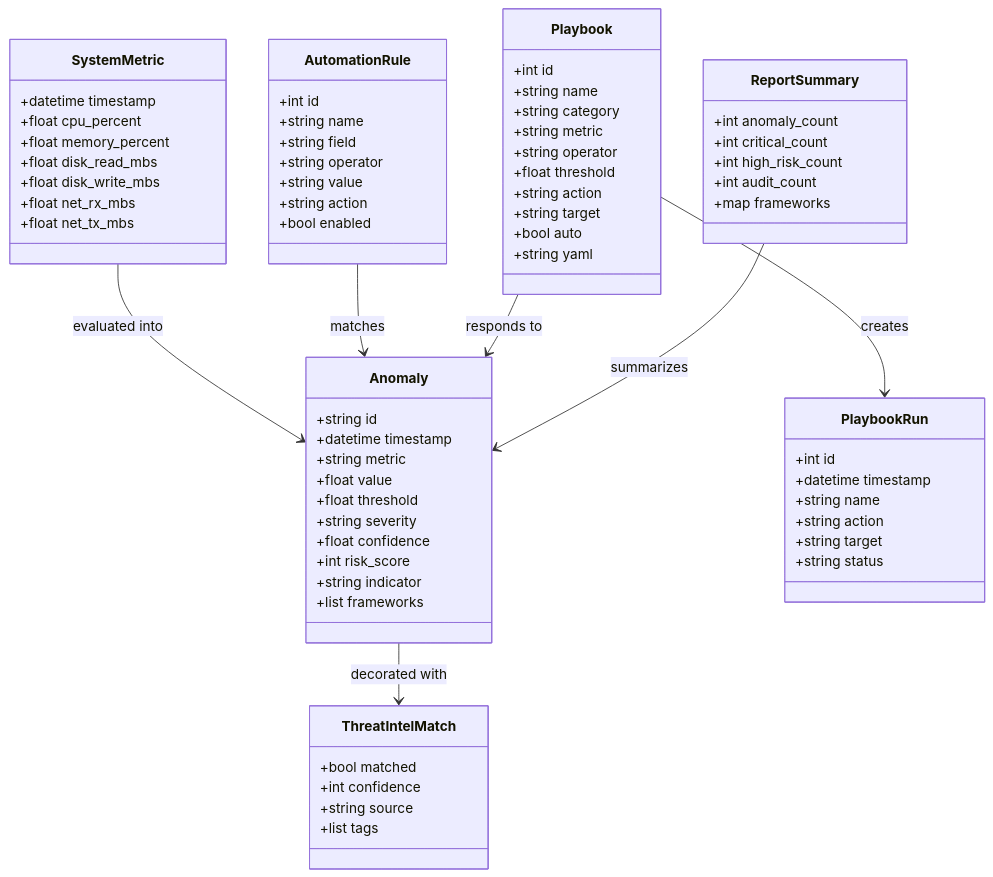
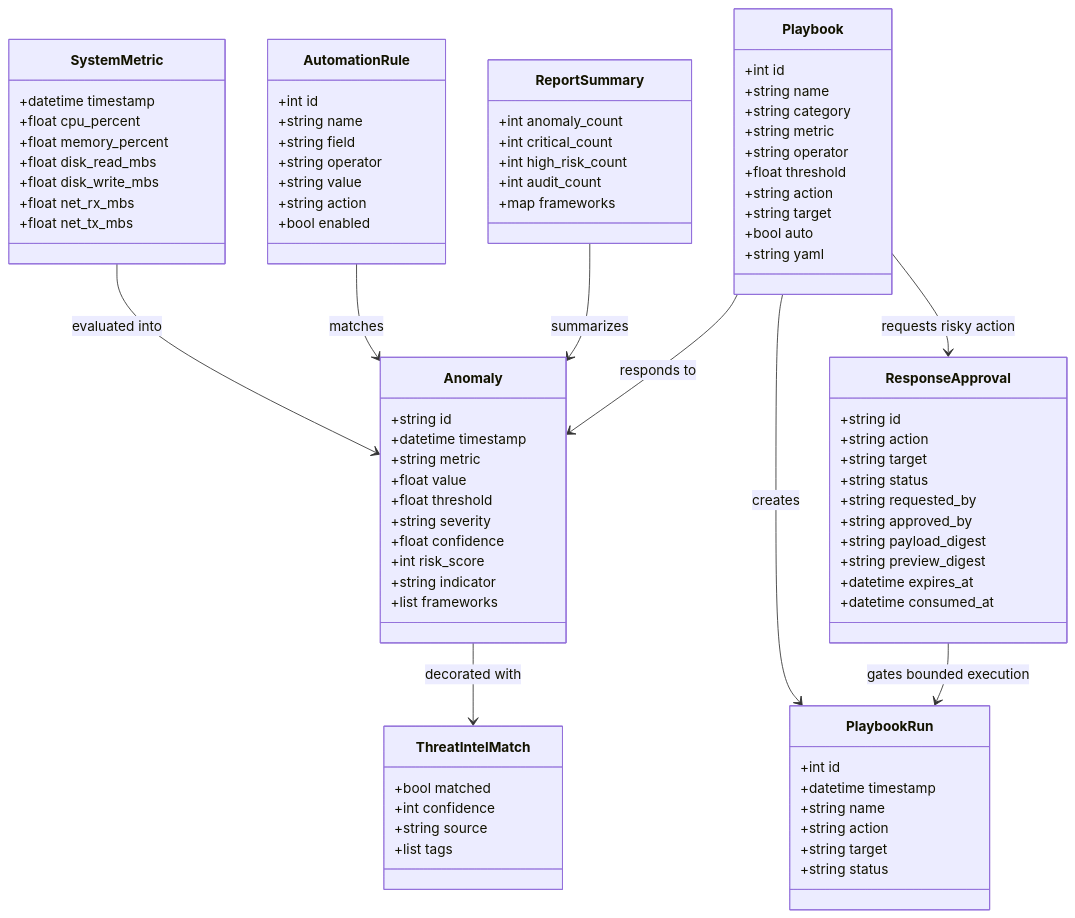
One commit to Ryner88/Sysethic changed the second of 29 diagrams in docs/uml-diagrams.md. Above: the diagram before and after it, drawn with Mermaid. The commit also changed other lines of this file and 4 other files, not shown here.

````diff
--- a/docs/uml-diagrams.md
+++ b/docs/uml-diagrams.md
@@ -109,6 +114,19 @@
         +string status
     }
 
+    class ResponseApproval {
+        +string id
+        +string action
+        +string target
+        +string status
+        +string requested_by
+        +string approved_by
+        +string payload_digest
+        +string preview_digest
+        +datetime expires_at
+        +datetime consumed_at
+    }
+
     class ReportSummary {
         +int anomaly_count
         +int critical_count
@@ -122,5 +140,7 @@
     AutomationRule --> Anomaly : matches
     Playbook --> Anomaly : responds to
     Playbook --> PlaybookRun : creates
+    Playbook --> ResponseApproval : requests risky action
+    ResponseApproval --> PlaybookRun : gates bounded execution
     ReportSummary --> Anomaly : summarizes
 ```
````
